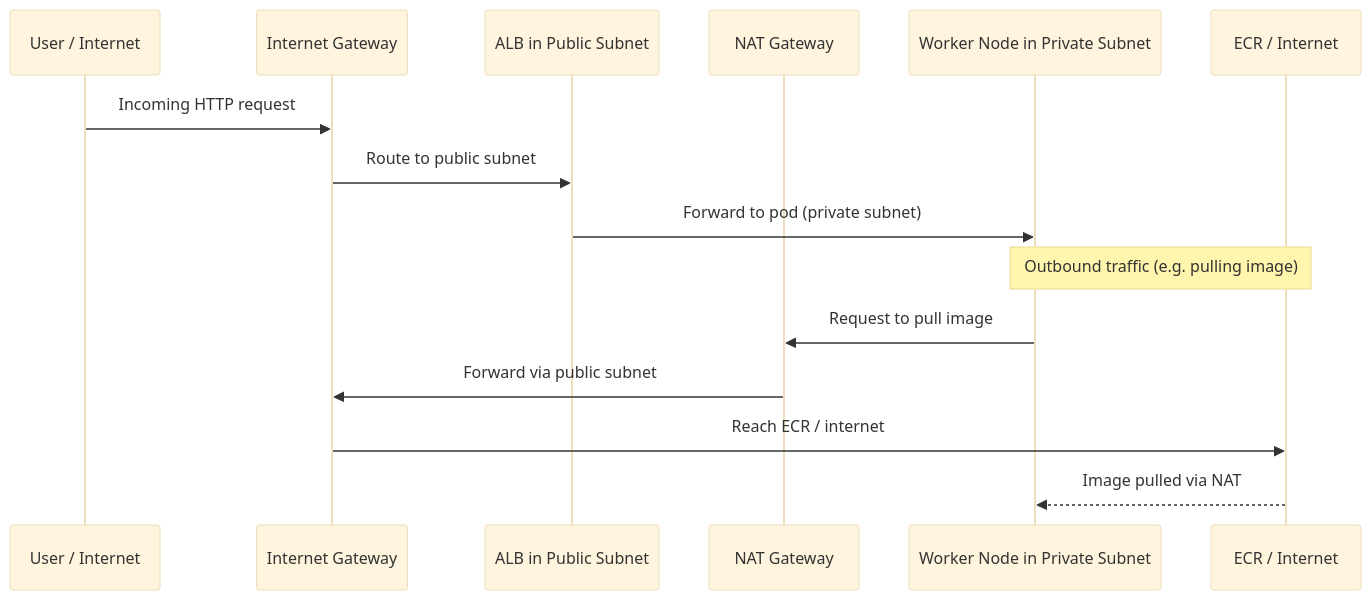
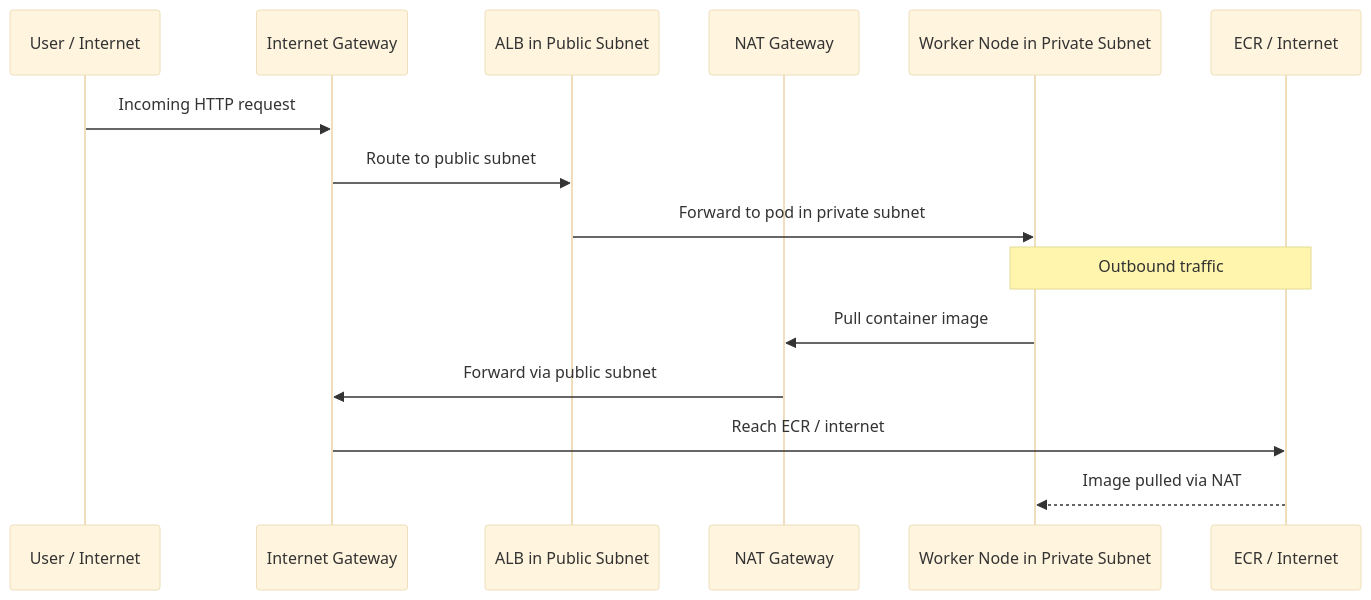
The second of 2 diagrams in modules/vpc/README.md (selvakumarperumal/EKS_k8s_custom_template_with_Terraform), drawn with Mermaid (base theme) before and after one commit. The commit also changed other lines of this file and 5 other files, not shown here.

Commit message:
docs: rewrite all module READMEs with fixed Mermaid diagrams and Terraform code snippets

````diff
--- a/modules/vpc/README.md
+++ b/modules/vpc/README.md
@@ -77,19 +235,19 @@
 ```mermaid
 sequenceDiagram
     participant User as User / Internet
     participant IGW as Internet Gateway
     participant ALB as ALB in Public Subnet
     participant NAT as NAT Gateway
-    participant Node as Worker Node in Private Subnet
+    participant Worker as Worker Node in Private Subnet
     participant ECR as ECR / Internet
 
     User->>IGW: Incoming HTTP request
     IGW->>ALB: Route to public subnet
-    ALB->>Node: Forward to pod (private subnet)
+    ALB->>Worker: Forward to pod in private subnet
 
-    Note over Node,ECR: Outbound traffic (e.g. pulling image)
-    Node->>NAT: Request to pull image
+    Note over Worker,ECR: Outbound traffic
+    Worker->>NAT: Pull container image
     NAT->>IGW: Forward via public subnet
     IGW->>ECR: Reach ECR / internet
-    ECR-->>Node: Image pulled via NAT
+    ECR-->>Worker: Image pulled via NAT
 ```
````
